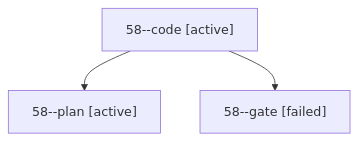
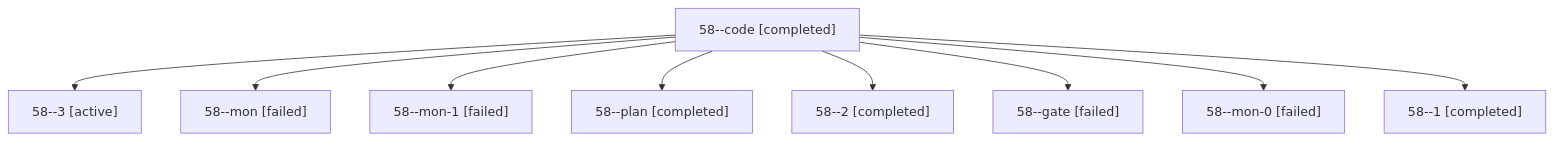
The diagram in sessions/bbugyi200.apollo.58.md (sase-org/sase--agents), drawn with Mermaid before and after one commit. The commit also changed other lines of this file and 51 other files, not shown here.

````diff
--- a/sessions/bbugyi200.apollo.58.md
+++ b/sessions/bbugyi200.apollo.58.md
@@ -9,8 +9,20 @@
 ```mermaid
 flowchart TD
-  n0["58--code [active]"]
-  n1["58--plan [active]"]
+  n0["58--code [completed]"]
+  n1["58--3 [active]"]
   n0 --> n1
-  n2["58--gate [failed]"]
+  n2["58--mon [failed]"]
   n0 --> n2
+  n3["58--mon-1 [failed]"]
+  n0 --> n3
+  n4["58--plan [completed]"]
+  n0 --> n4
+  n5["58--2 [completed]"]
+  n0 --> n5
+  n6["58--gate [failed]"]
+  n0 --> n6
+  n7["58--mon-0 [failed]"]
+  n0 --> n7
+  n8["58--1 [completed]"]
+  n0 --> n8
 ```
````
